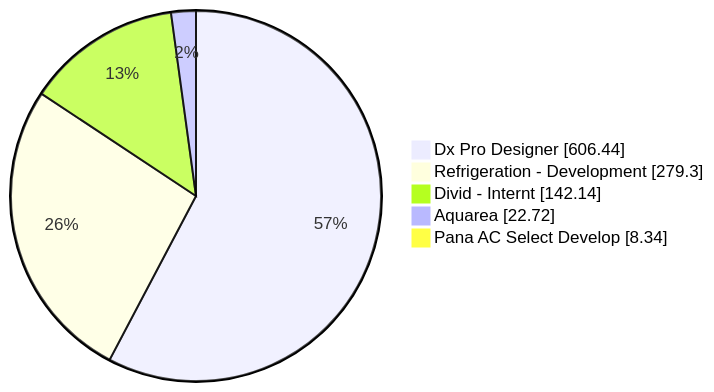
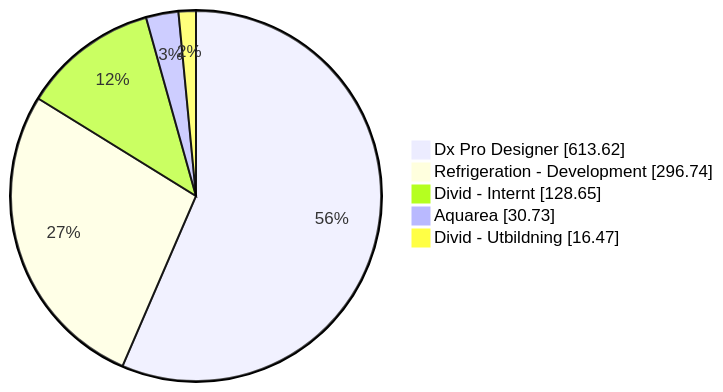
One commit to albinforsberg-netizen/timeclock changed the first of 5 diagrams in README.org. Above: the diagram before and after it, drawn with Mermaid. The commit also changed other lines of this file, not shown here.

```diff
--- a/README.org
+++ b/README.org
@@ -34,8 +34,8 @@
 #+begin_src mermaid
 pie showData
-    "Dx Pro Designer" : 606.44
-    "Refrigeration - Development" : 279.30
-    "Divid - Internt" : 142.14
-    "Aquarea" : 22.72
-    "Pana AC Select Develop" : 8.34
+    "Dx Pro Designer" : 613.62
+    "Refrigeration - Development" : 296.74
+    "Divid - Internt" : 128.65
+    "Aquarea" : 30.73
+    "Divid - Utbildning" : 16.47
 #+end_src
```
